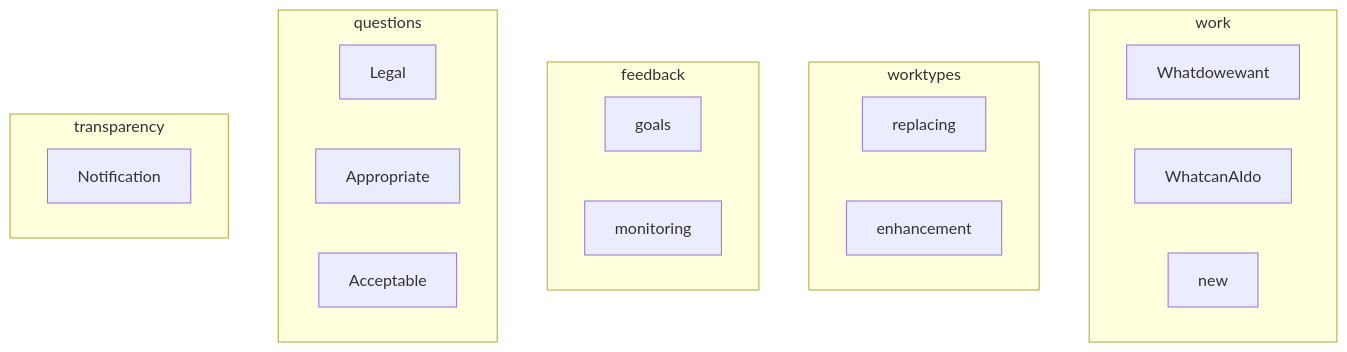
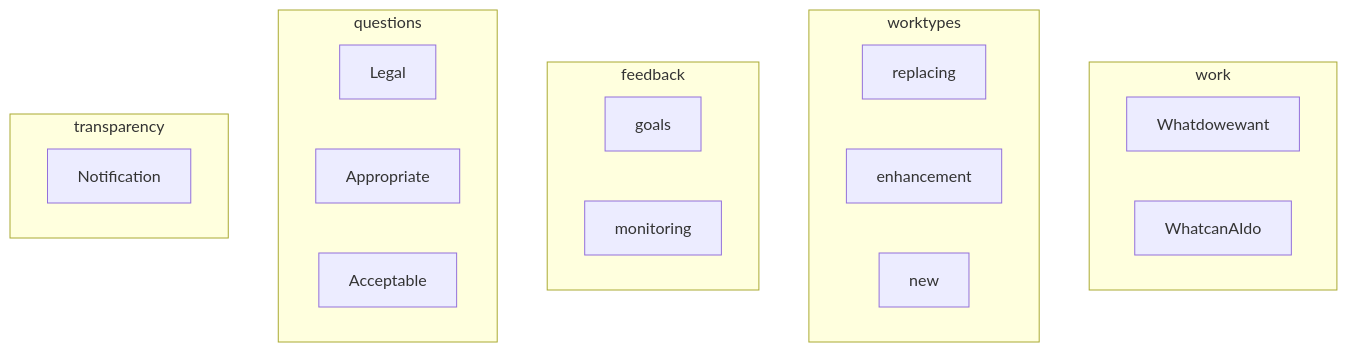
Before and after one commit to CloudSecurityAlliance/CSA-IT-Operations: the diagram in strategy/AI-Project-Evaluation-Flowchart.md, drawn with Mermaid.

````diff
--- a/strategy/AI-Project-Evaluation-Flowchart.md
+++ b/strategy/AI-Project-Evaluation-Flowchart.md
@@ -3,32 +3,31 @@
 ```mermaid
 graph TD;
 
 subgraph work
   Whatdowewant
   WhatcanAIdo
-  new
 end
 
 subgraph worktypes
   replacing
   enhancement
   new
 end
 
 subgraph feedback
   goals
   monitoring
   enhancement
 end
 
 subgraph questions
   Legal
   Appropriate
   Acceptable
 end
 
 subgraph transparency
   Notification
 end
 
 ```
````
